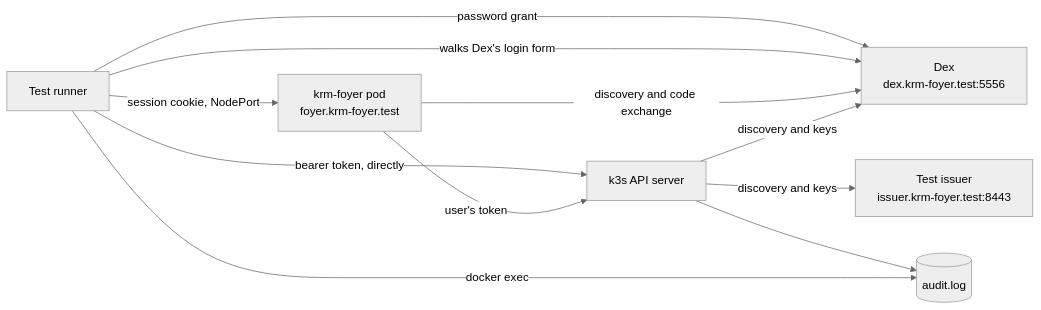
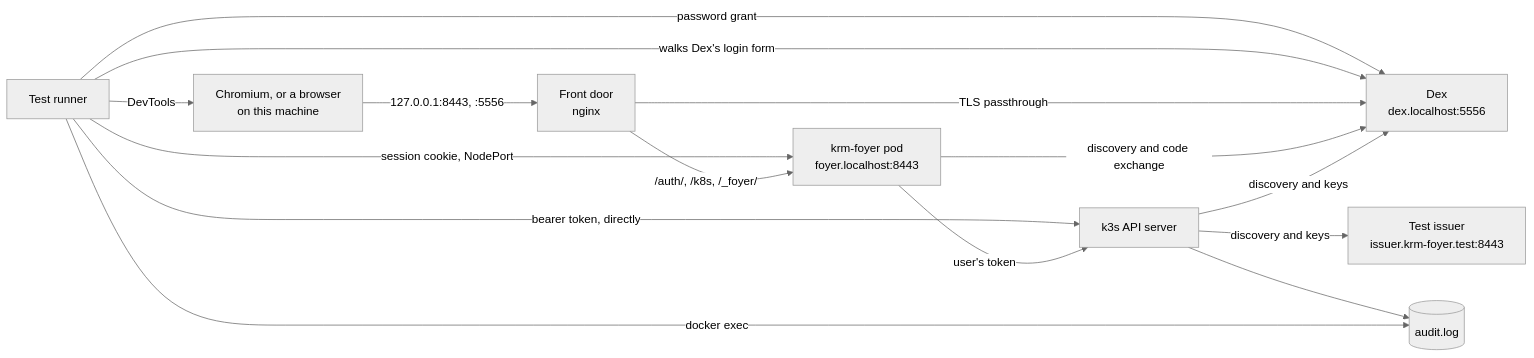
One commit to ConfigButler/krm-foyer changed the diagram in docs/testing.md. Above: the diagram before and after it, drawn with Mermaid (neutral theme). The commit also changed other lines of this file and 4 other files, not shown here.

````diff
--- a/docs/testing.md
+++ b/docs/testing.md
@@ -148,13 +155,17 @@
 ```mermaid
 flowchart LR
-    T[Test runner] -->|password grant| D[Dex<br/>dex.krm-foyer.test:5556]
+    T[Test runner] -->|password grant| D[Dex<br/>dex.localhost:5556]
     T -->|bearer token, directly| K[k3s API server]
     T -->|walks Dex's login form| D
-    T -->|session cookie, NodePort| F[krm-foyer pod<br/>foyer.krm-foyer.test]
+    T -->|session cookie, NodePort| F[krm-foyer pod<br/>foyer.localhost:8443]
+    B[Chromium, or a browser<br/>on this machine] -->|127.0.0.1:8443, :5556| FD[Front door<br/>nginx]
+    FD -->|/auth/, /k8s, /_foyer/| F
+    FD -->|TLS passthrough| D
+    T -->|DevTools| B
     F -->|user's token| K
     F -->|discovery and code exchange| D
     K -->|discovery and keys| D
     K -->|discovery and keys| I[Test issuer<br/>issuer.krm-foyer.test:8443]
     K --> A[(audit.log)]
     T -->|docker exec| A
 ```
````
